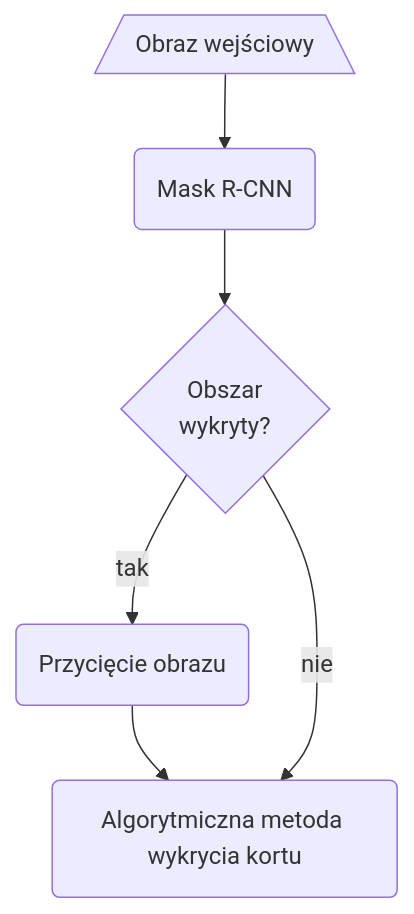
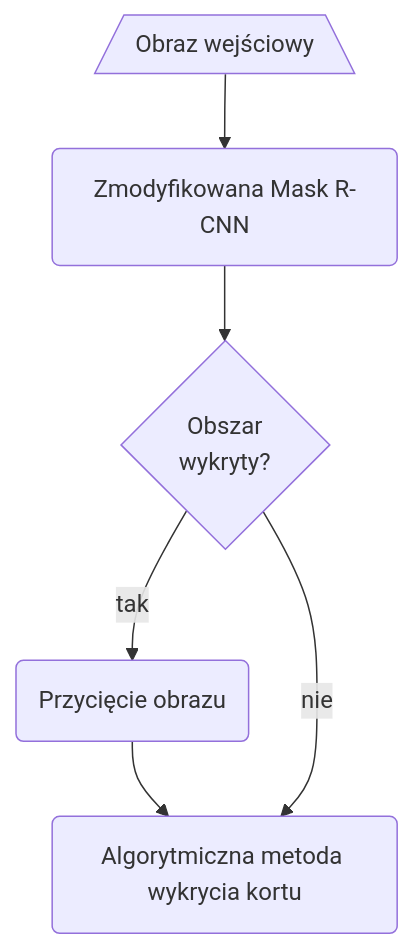
Before and after one commit to rzadp/badminton-monorepo: the diagram in thesis/chapters/eksperymenty_rezultaty/cppintegration.mmd, drawn with Mermaid. The commit also changed 16 other files, not shown here.

```diff
--- a/thesis/chapters/eksperymenty_rezultaty/cppintegration.mmd
+++ b/thesis/chapters/eksperymenty_rezultaty/cppintegration.mmd
@@ -1,19 +1,19 @@
 graph TD
 
 %% ...::: NODES :::...
 
 input[/Obraz wejściowy\]
-mrcnn(Mask R-CNN)
+mrcnn(Zmodyfikowana Mask R-CNN)
 wykryty{Obszar<br/>wykryty?}
 algorytm(Algorytmiczna metoda wykrycia kortu)
 crop(Przycięcie obrazu)
 
 %% ...::: STYLING :::...
 
 %% ...::: FLOWS :::...
 
 input-->mrcnn
 mrcnn-->wykryty
 wykryty--tak-->crop
 crop-->algorytm
 wykryty--nie-->algorytm
```
